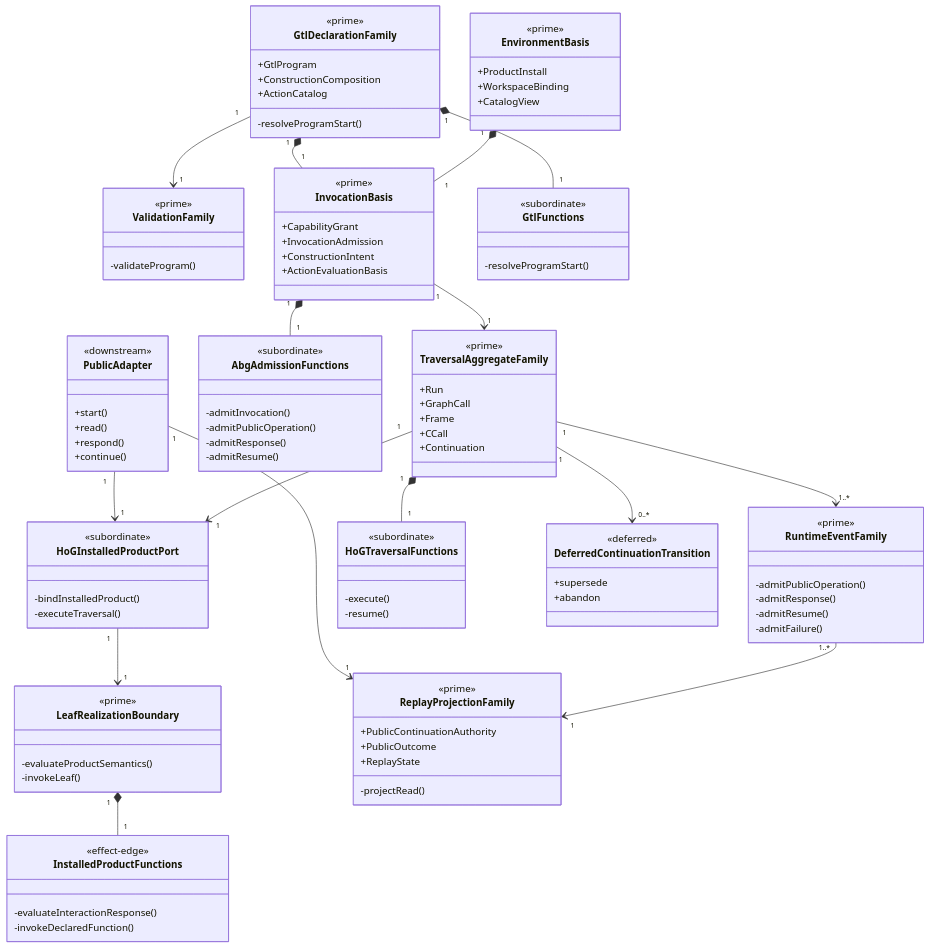
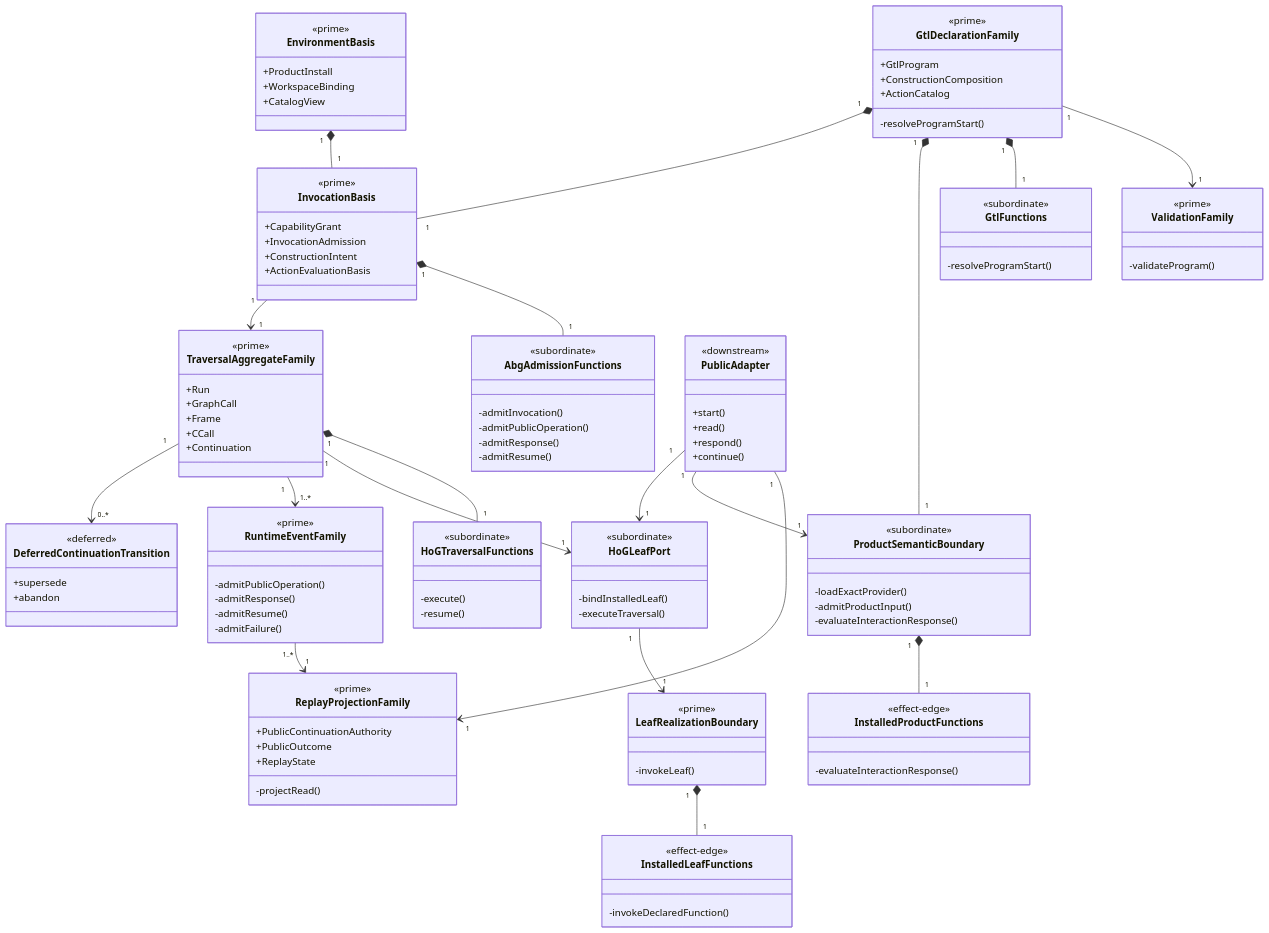
One commit to foolishimp/abiogenesis changed the fifth of 7 diagrams in build_tenants/abiogenesis/typescript/design/M05_DIRECT_GTL_TRAVERSAL_EXPANSION_DESIGN.md. Above: the diagram before and after it, drawn with Mermaid. The commit also changed other lines of this file and 32 other files, not shown here.

````diff
--- a/build_tenants/abiogenesis/typescript/design/M05_DIRECT_GTL_TRAVERSAL_EXPANSION_DESIGN.md
+++ b/build_tenants/abiogenesis/typescript/design/M05_DIRECT_GTL_TRAVERSAL_EXPANSION_DESIGN.md
@@ -1367,10 +1424,16 @@
     +CCall
     +Continuation
   }
+  class ProductSemanticBoundary {
+    <<subordinate>>
+    <<effect-edge>>
+    -loadExactProvider()
+    -admitProductInput()
+    -evaluateInteractionResponse()
+  }
   class LeafRealizationBoundary {
     <<prime>>
     <<effect-edge>>
-    -evaluateProductSemantics()
     -invokeLeaf()
   }
   class RuntimeEventFamily {
@@ -1389,10 +1452,10 @@
     +ReplayState
     -projectRead()
   }
-  class HoGInstalledProductPort {
+  class HoGLeafPort {
     <<subordinate>>
     <<effect-edge>>
-    -bindInstalledProduct()
+    -bindInstalledLeaf()
     -executeTraversal()
   }
   class GtlFunctions {
@@ -1415,6 +1478,9 @@
   class InstalledProductFunctions {
     <<effect-edge>>
     -evaluateInteractionResponse()
+  }
+  class InstalledLeafFunctions {
+    <<effect-edge>>
     -invokeDeclaredFunction()
   }
   class PublicAdapter {
@@ -1431,17 +1497,20 @@
   }
   GtlDeclarationFamily "1" --> "1" ValidationFamily
   GtlDeclarationFamily "1" *-- "1" GtlFunctions
+  GtlDeclarationFamily "1" *-- "1" ProductSemanticBoundary
+  ProductSemanticBoundary "1" *-- "1" InstalledProductFunctions
   EnvironmentBasis "1" *-- "1" InvocationBasis
   GtlDeclarationFamily "1" *-- "1" InvocationBasis
   InvocationBasis "1" *-- "1" AbgAdmissionFunctions
   InvocationBasis "1" --> "1" TraversalAggregateFamily
   TraversalAggregateFamily "1" *-- "1" HoGTraversalFunctions
-  TraversalAggregateFamily "1" --> "1" HoGInstalledProductPort
-  HoGInstalledProductPort "1" --> "1" LeafRealizationBoundary
-  LeafRealizationBoundary "1" *-- "1" InstalledProductFunctions
+  TraversalAggregateFamily "1" --> "1" HoGLeafPort
+  HoGLeafPort "1" --> "1" LeafRealizationBoundary
+  LeafRealizationBoundary "1" *-- "1" InstalledLeafFunctions
   TraversalAggregateFamily "1" --> "1..*" RuntimeEventFamily
   RuntimeEventFamily "1..*" --> "1" ReplayProjectionFamily
   PublicAdapter "1" --> "1" ReplayProjectionFamily
-  PublicAdapter "1" --> "1" HoGInstalledProductPort
+  PublicAdapter "1" --> "1" ProductSemanticBoundary
+  PublicAdapter "1" --> "1" HoGLeafPort
   TraversalAggregateFamily "1" --> "0..*" DeferredContinuationTransition
 ```
````
